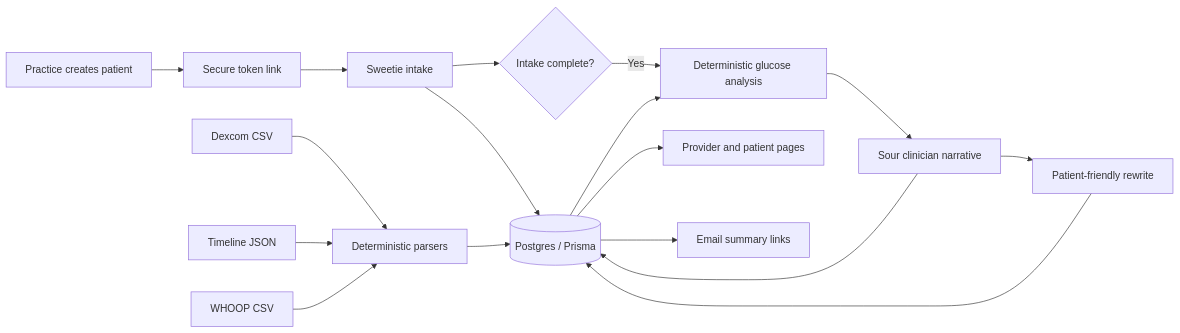
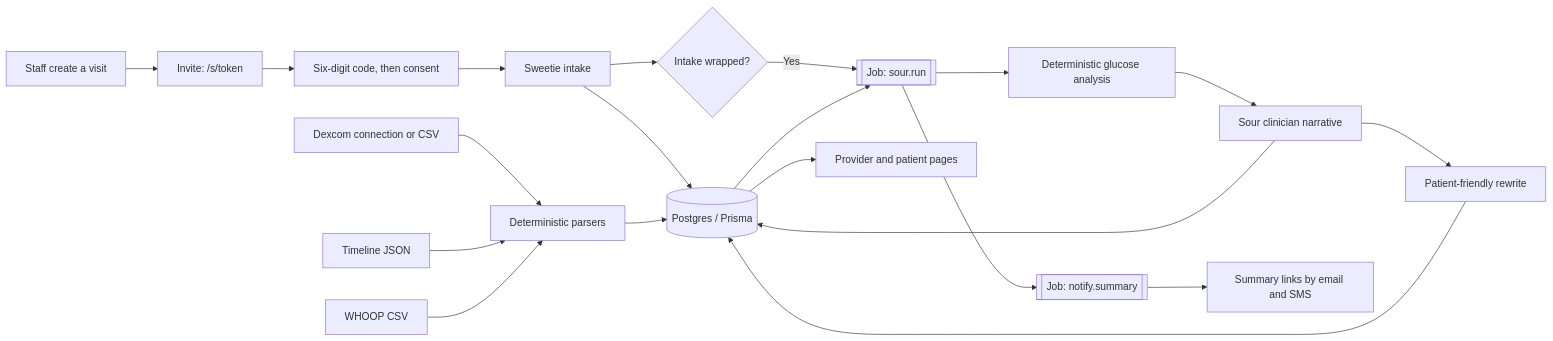
The diagram in docs/AGENT_ARCHITECTURE.md (justinmilner1/healthcare_ai_hackathon_26_09), drawn with Mermaid before and after one commit. The commit also changed other lines of this file and 16 other files, not shown here.

````diff
--- a/docs/AGENT_ARCHITECTURE.md
+++ b/docs/AGENT_ARCHITECTURE.md
@@ -12,19 +12,22 @@
 ```mermaid
 flowchart LR
-    A[Practice creates patient] --> B[Secure token link]
-    B --> C[Sweetie intake]
+    A[Staff create a visit] --> B[Invite: /s/token]
+    B --> B2[Six-digit code, then consent]
+    B2 --> C[Sweetie intake]
     C --> D[(Postgres / Prisma)]
-    E[Dexcom CSV] --> F[Deterministic parsers]
+    E[Dexcom connection or CSV] --> F[Deterministic parsers]
     G[Timeline JSON] --> F
     H[WHOOP CSV] --> F
     F --> D
-    C --> I{Intake complete?}
-    I -->|Yes| J[Deterministic glucose analysis]
-    D --> J
+    C --> I{Intake wrapped?}
+    I -->|Yes| Q[[Job: sour.run]]
+    D --> Q
+    Q --> J[Deterministic glucose analysis]
     J --> K[Sour clinician narrative]
     K --> L[Patient-friendly rewrite]
     K --> D
     L --> D
+    Q --> R[[Job: notify.summary]]
     D --> M[Provider and patient pages]
-    D --> N[Email summary links]
+    R --> N[Summary links by email and SMS]
 ```
````
